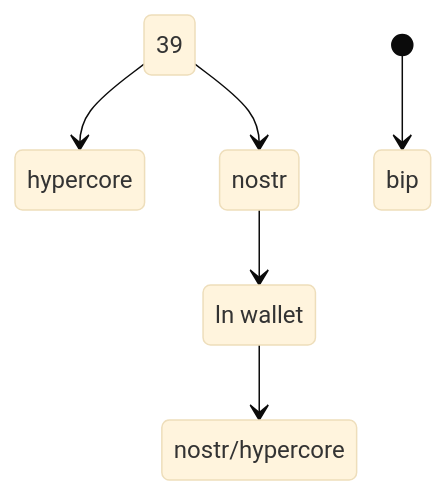
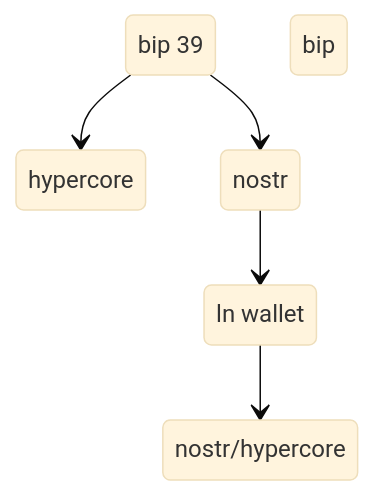
The diagram in README.md (AreaLayer/FireBolt), drawn with Mermaid (base theme) before and after one commit.

````diff
--- a/README.md
+++ b/README.md
@@ -43,12 +43,12 @@
 ```mermaid
 stateDiagram
     wallet: ln wallet
+    bip 39: bip 39
     hypercore: hypercore
     nostr: nostr
 
-    [*] --> bip 39
     bip 39 --> nostr
     bip 39 --> hypercore
     nostr --> wallet
     wallet --> nostr/hypercore
 ```
````
